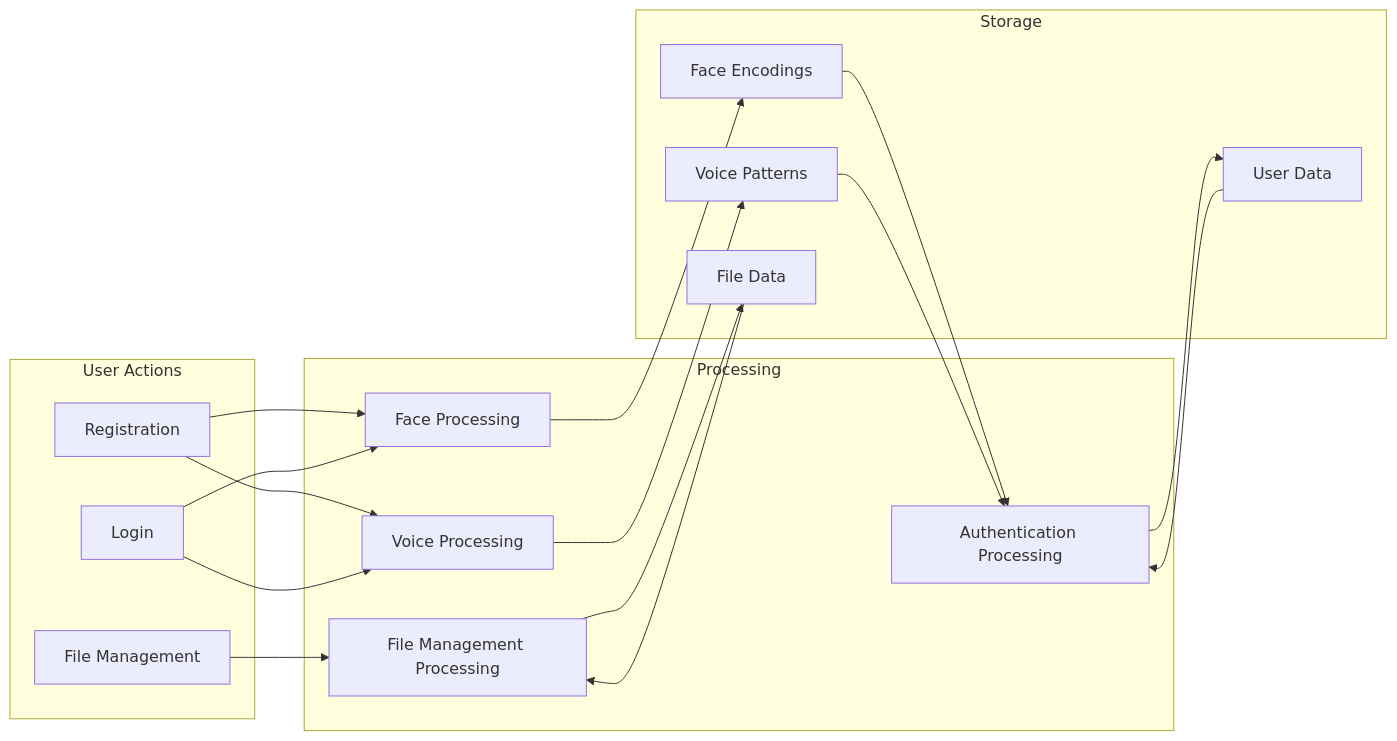
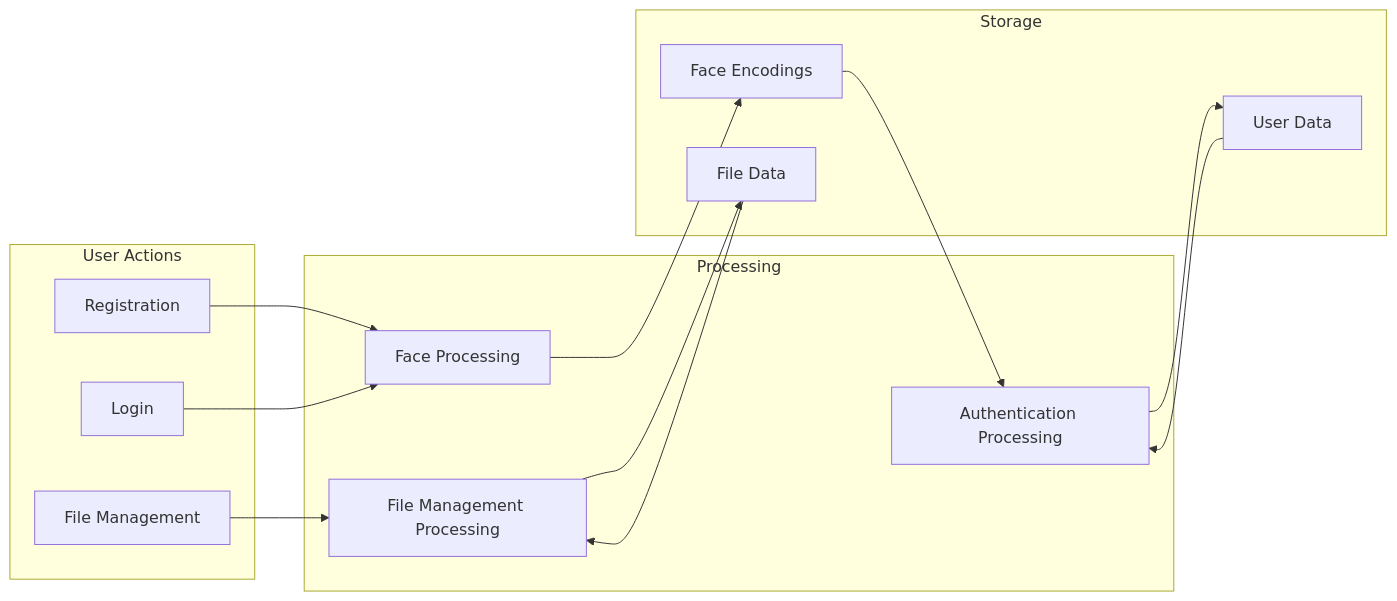
One commit to webka01/biometrics changed the second of 2 diagrams in README.md. Above: the diagram before and after it, drawn with Mermaid. The commit also changed other lines of this file, not shown here.

````diff
--- a/README.md
+++ b/README.md
@@ -87,38 +80,32 @@
 ```mermaid
 graph LR
     subgraph User Actions
         R[Registration]
         L[Login]
         F[File Management]
     end
 
     subgraph Processing
         FP[Face Processing]
-        VP[Voice Processing]
         AP[Authentication Processing]
         FMP[File Management Processing]
     end
 
     subgraph Storage
         FE[Face Encodings]
-        VP2[Voice Patterns]
         UD[User Data]
         FD[File Data]
     end
 
     R --> FP
-    R --> VP
     L --> FP
-    L --> VP
     F --> FMP
 
     FP --> FE
-    VP --> VP2
     AP --> UD
     FMP --> FD
 
     FE --> AP
-    VP2 --> AP
     UD --> AP
     FD --> FMP
 ```
````
